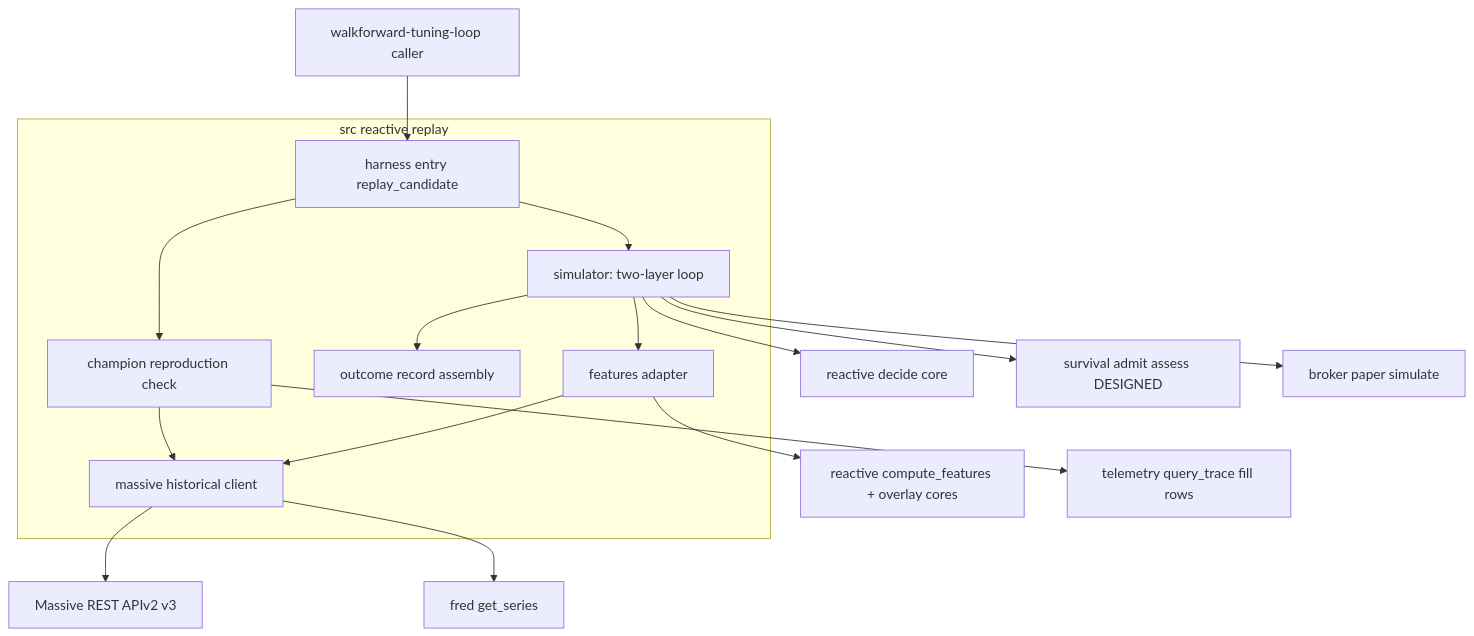
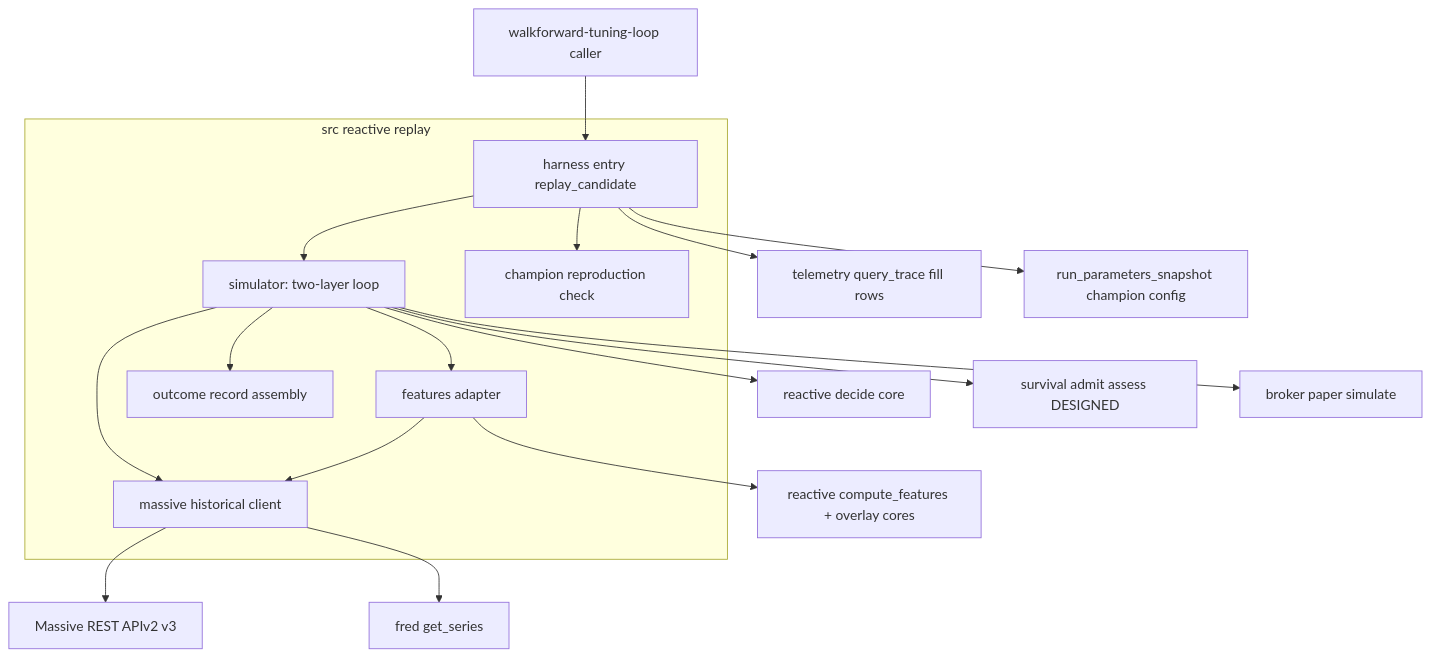
The first of 2 diagrams in .kiro/specs/reactive-replay-harness/design.md (saehoon0501/equity-research-system), drawn with Mermaid before and after one commit. The commit also changed other lines of this file and 3 other files, not shown here.

````diff
--- a/.kiro/specs/reactive-replay-harness/design.md
+++ b/.kiro/specs/reactive-replay-harness/design.md
@@ -63,19 +63,20 @@
 ```mermaid
 graph TB
     WF[walkforward-tuning-loop caller] --> Harness
     subgraph Replay[src reactive replay]
         Harness[harness entry replay_candidate] --> Sim[simulator: two-layer loop]
         Sim --> FeatAdapter[features adapter]
         Sim --> Outcomes[outcome record assembly]
         Harness --> Fidelity[champion reproduction check]
         FeatAdapter --> DataClient[massive historical client]
-        Fidelity --> DataClient
+        Sim --> DataClient
     end
     DataClient --> Massive[Massive REST APIv2 v3]
     DataClient --> FRED[fred get_series]
     FeatAdapter --> RCore[reactive compute_features + overlay cores]
     Sim --> Decide[reactive decide core]
     Sim --> SvGate[survival admit assess DESIGNED]
     Sim --> Paper[broker paper simulate]
-    Fidelity --> Reader[telemetry query_trace fill rows]
+    Harness --> Reader[telemetry query_trace fill rows]
+    Harness --> Snap[run_parameters_snapshot champion config]
 ```
````
